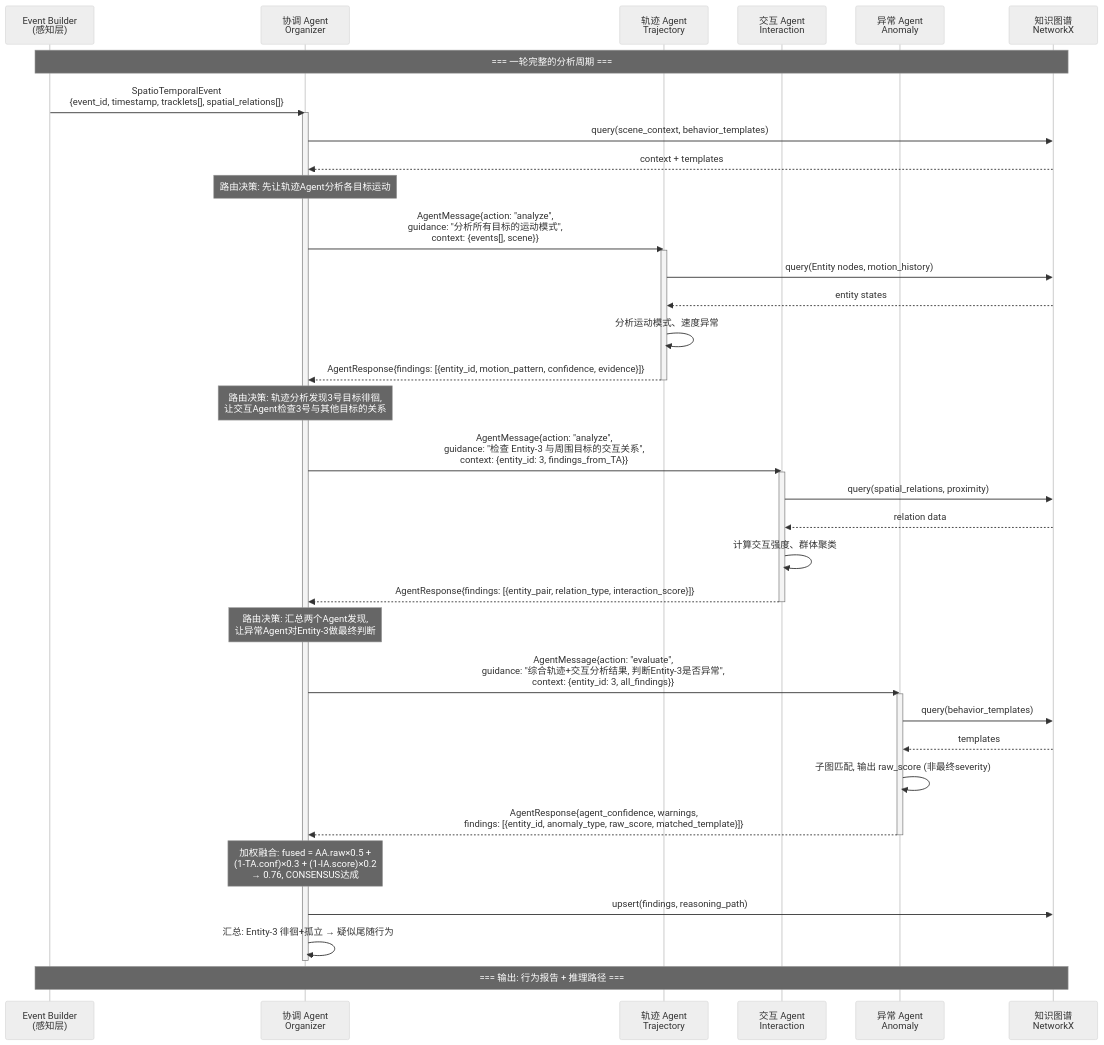
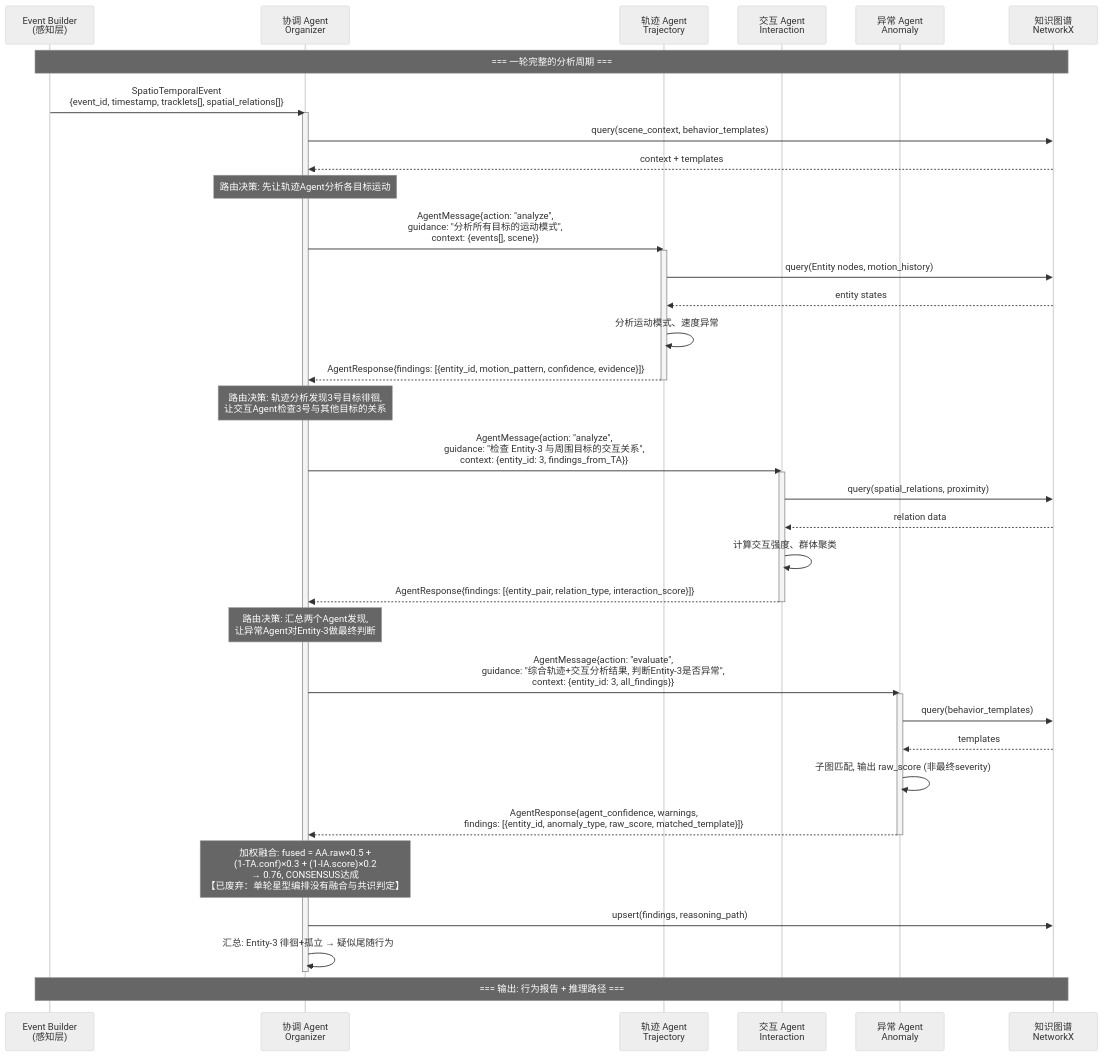
The second of 3 diagrams in docs/architecture.md (zhangjingtong000/SceneSense), drawn with Mermaid (neutral theme) before and after one commit. The commit also changed other lines of this file and 11 other files, not shown here.

````diff
--- a/docs/architecture.md
+++ b/docs/architecture.md
@@ -92,58 +69,58 @@
 ```mermaid
 sequenceDiagram
     participant EB as Event Builder<br/>(感知层)
     participant ORC as 协调 Agent<br/>Organizer
     participant TA as 轨迹 Agent<br/>Trajectory
     participant IA as 交互 Agent<br/>Interaction
     participant AA as 异常 Agent<br/>Anomaly
     participant KG as 知识图谱<br/>NetworkX
 
     Note over EB,KG: === 一轮完整的分析周期 ===
 
     EB->>ORC: SpatioTemporalEvent<br/>{event_id, timestamp, tracklets[], spatial_relations[]}
 
     activate ORC
     ORC->>KG: query(scene_context, behavior_templates)
     KG-->>ORC: context + templates
 
     Note over ORC: 路由决策: 先让轨迹Agent分析各目标运动
 
     ORC->>TA: AgentMessage{action: "analyze",<br/>guidance: "分析所有目标的运动模式",<br/>context: {events[], scene}}
     
     activate TA
     TA->>KG: query(Entity nodes, motion_history)
     KG-->>TA: entity states
     TA->>TA: 分析运动模式、速度异常
     TA-->>ORC: AgentResponse{findings: [{entity_id, motion_pattern, confidence, evidence}]}
     deactivate TA
 
     Note over ORC: 路由决策: 轨迹分析发现3号目标徘徊,<br/>让交互Agent检查3号与其他目标的关系
 
     ORC->>IA: AgentMessage{action: "analyze",<br/>guidance: "检查 Entity-3 与周围目标的交互关系",<br/>context: {entity_id: 3, findings_from_TA}}
 
     activate IA
     IA->>KG: query(spatial_relations, proximity)
     KG-->>IA: relation data
     IA->>IA: 计算交互强度、群体聚类
     IA-->>ORC: AgentResponse{findings: [{entity_pair, relation_type, interaction_score}]}
     deactivate IA
 
     Note over ORC: 路由决策: 汇总两个Agent发现,<br/>让异常Agent对Entity-3做最终判断
 
     ORC->>AA: AgentMessage{action: "evaluate",<br/>guidance: "综合轨迹+交互分析结果, 判断Entity-3是否异常",<br/>context: {entity_id: 3, all_findings}}
 
     activate AA
     AA->>KG: query(behavior_templates)
     KG-->>AA: templates
     AA->>AA: 子图匹配, 输出 raw_score (非最终severity)
     AA-->>ORC: AgentResponse{agent_confidence, warnings,<br/>findings: [{entity_id, anomaly_type, raw_score, matched_template}]}
     deactivate AA
 
-    Note over ORC: 加权融合: fused = AA.raw×0.5 +<br/>(1-TA.conf)×0.3 + (1-IA.score)×0.2<br/>→ 0.76, CONSENSUS达成
+    Note over ORC: 加权融合: fused = AA.raw×0.5 +<br/>(1-TA.conf)×0.3 + (1-IA.score)×0.2<br/>→ 0.76, CONSENSUS达成<br/>【已废弃：单轮星型编排没有融合与共识判定】
 
     ORC->>KG: upsert(findings, reasoning_path)
     ORC->>ORC: 汇总: Entity-3 徘徊+孤立 → 疑似尾随行为
     deactivate ORC
 
     Note over EB,KG: === 输出: 行为报告 + 推理路径 ===
 ```
````
